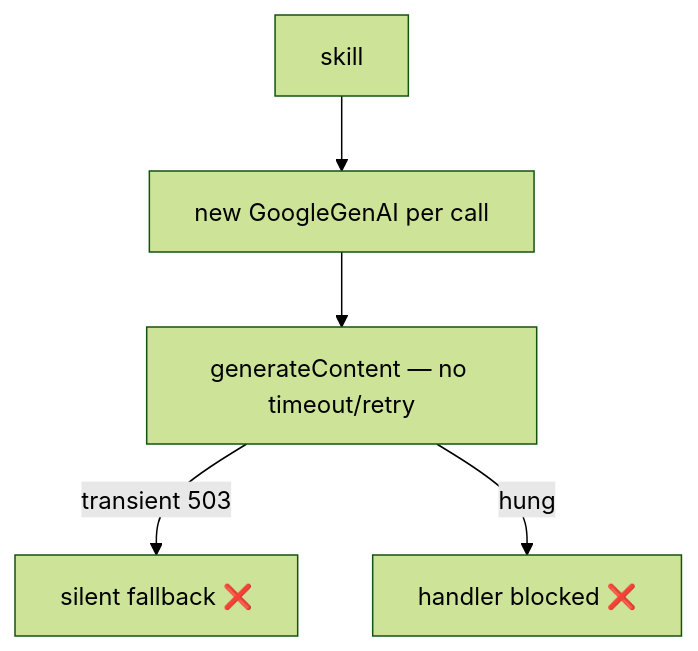
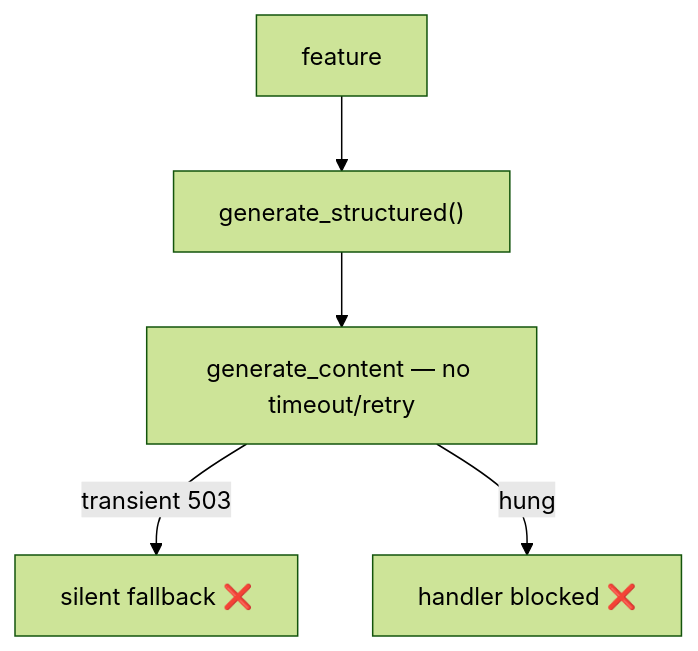
One commit to FixFlow-AI/FixFlow-AI-web changed the first of 2 diagrams in docs/specifications/ai_features/stories/AIA-05-gemini-call-resilience.md. Above: the diagram before and after it, drawn with Mermaid (forest theme). The commit also changed other lines of this file and 13 other files, not shown here.

````diff
--- a/docs/specifications/ai_features/stories/AIA-05-gemini-call-resilience.md
+++ b/docs/specifications/ai_features/stories/AIA-05-gemini-call-resilience.md
@@ -33,7 +35,7 @@
 ```mermaid
 flowchart TD
-    A[skill] --> B[new GoogleGenAI per call]
-    B --> C[generateContent — no timeout/retry]
+    A[feature] --> B["generate_structured()"]
+    B --> C[generate_content — no timeout/retry]
     C -->|transient 503| D[silent fallback ❌]
     C -->|hung| E[handler blocked ❌]
 ```
````
